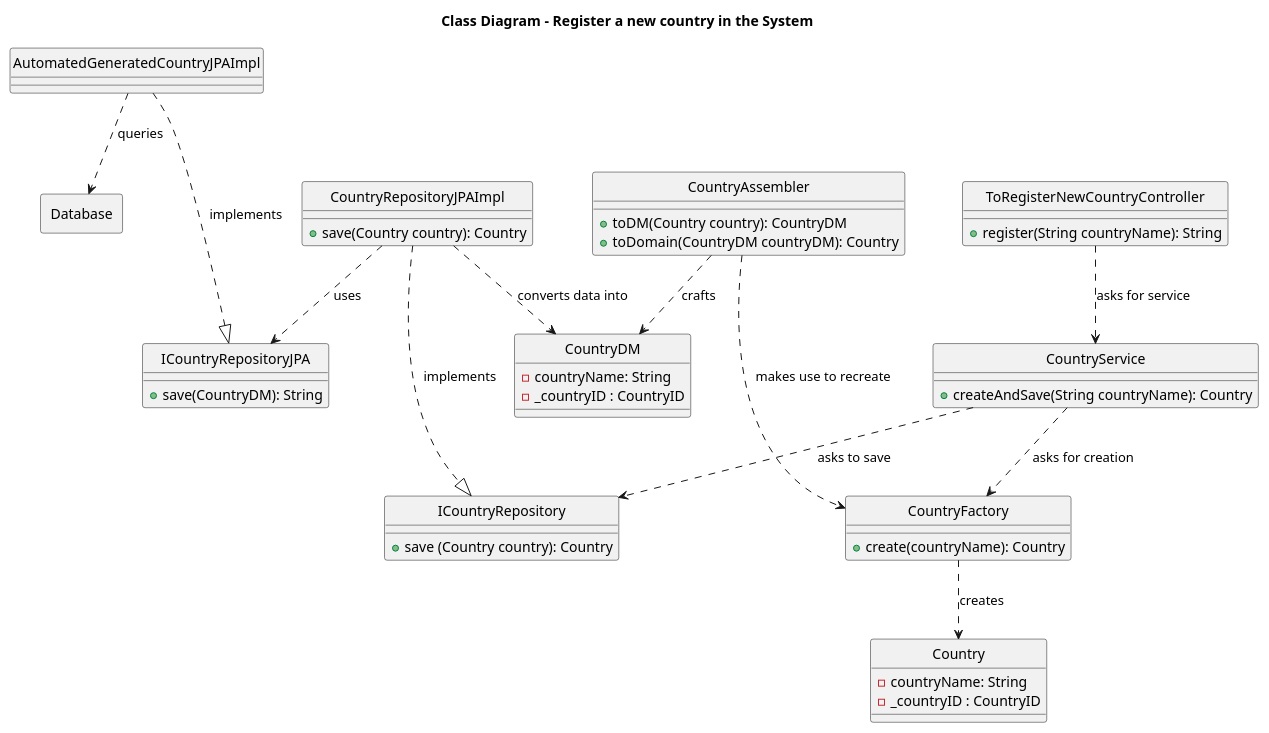
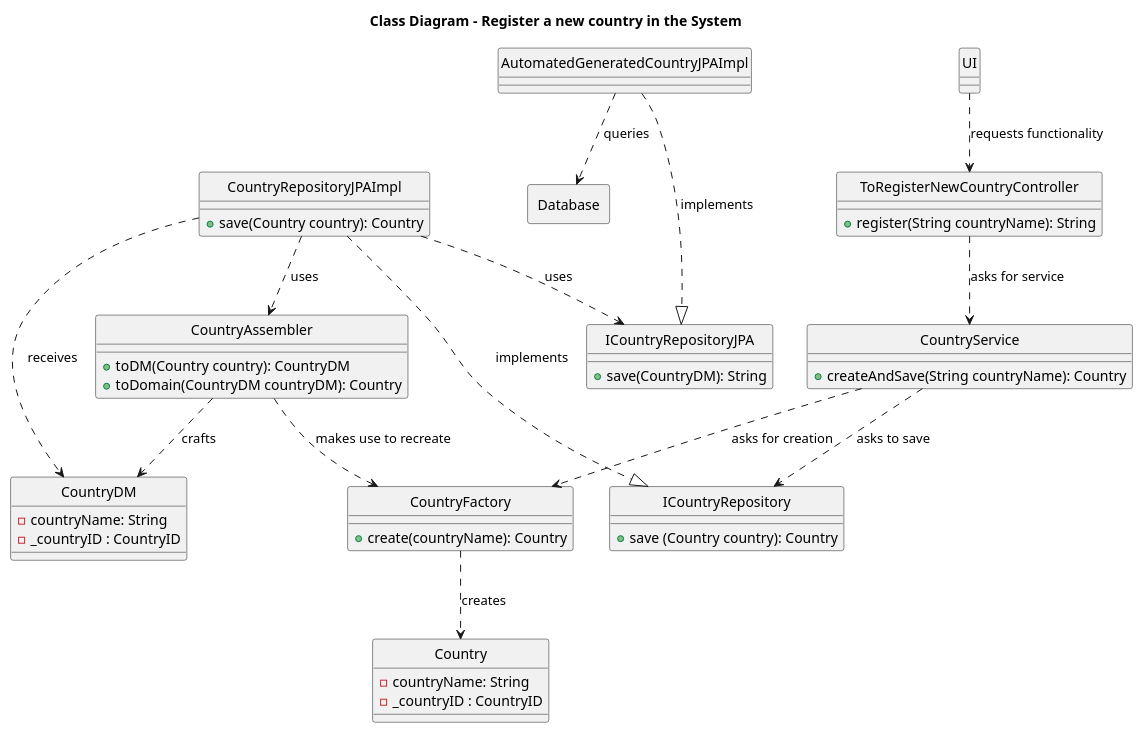
The diagram in Diagrams/ClassDiagrams/To-register-a-new-country-in-the-system.puml (AndrePereiraGitH/SWitCH-Project-Team_A), drawn with PlantUML before and after one commit. The commit also changed 3 other files, not shown here.

```diff
--- a/Diagrams/ClassDiagrams/To-register-a-new-country-in-the-system.puml
+++ b/Diagrams/ClassDiagrams/To-register-a-new-country-in-the-system.puml
@@ -1,111 +1,75 @@
 @startuml
 
 title Class Diagram - Register a new country in the System
 hide circle
 
 
 class ICountryRepository {
     +save (Country country): Country
     }
 
 class CountryFactory {
     +create(countryName): Country
 }
 
 class ToRegisterNewCountryController{
   + register(String countryName): String
 }
 
 class CountryService {
 +createAndSave(String countryName): Country
 }
 
 class CountryAssembler{
 +toDM(Country country): CountryDM
 +toDomain(CountryDM countryDM): Country
 }
 
 class ICountryRepositoryJPA{
 +save(CountryDM): String
 }
 
 class CountryDM{
 -countryName: String
 -_countryID : CountryID
 }
 
 
 class Country {
 -countryName: String
 -_countryID : CountryID
 }
 
 class CountryRepositoryJPAImpl {
 +save(Country country): Country
 }
 
 rectangle Database{
 }
 
 class AutomatedGeneratedCountryJPAImpl{
 }
 
-/'
-' Interactions
-
-' === Implementations ===
-CountryRepositoryJPAImpl ..|> ICountryRepository : implements
-CountryRepositoryJPAImpl ..|> ICountryRepositoryJPA : implements
-
-' === Implementation Communication ===
-
-CountryRepositoryJPAImpl --> CountryAssembler : converts
-CountryRepositoryJPAImpl ..> AutomaticGeneratedCountryJPAImpl : requests
-
-' === Assembler Interactions ===
-
-CountryAssembler ..> CountryFactory : asks for creation
-CountryAssembler ..> CountryDM : converts
-
-' === JPA Relations ===
-
-ICountryRepositoryJPA --> CountryDM : persists
-
-ToRegisterNewCountryController "1" .--> "1" CountryService : request registering country
-CountryService "1" .--> "1" CountryFactory : asks for creation
-CountryService "1" .--> "1" ICountryRepository : asks to save
-ICountryRepositoryJPA "1" .--|> "1" ICountryRepository : implements
-ICountryRepositoryJPA "1" .--> "1" CountryAssembler : provides instance to
-ICountryRepositoryJPA .--> CountryFactory
-CountryRepositoryJPAImpl .--> Database : queries
-CountryRepositoryJPAImpl "1" .--|> "1" ICountryRepositoryJPA : implements
-CountryAssembler "1" .--> "1" CountryDM : modifies into
-CountryAssembler "1" .--> "1" CountryFactory : makes use of
-CountryAssembler "1" .--> "1" Country : reassembles
-CountryFactory "1" .--> "*" Country : creates
-AutomaticGeneratedCountryJPAImpl .--> Database : queries
-AutomaticGeneratedCountryJPAImpl .--|> ICountryRepositoryJPA : implements
-ToRegisterNewCountryController "1" .--> "1" CountryService : request registering country
-CountryFactory "1" .--> "*" Country : creates
-CountryService "1" .--> "1" CountryFactory : asks for creation
-CountryService "1" .--> "1" ICountryRepository : asks to save
-AutomaticGeneratedCountryJPAImpl .--> Database : queries
-CountryRepositoryJPAImpl .--> Database : queries
-'/
+class UI{
+}
 
 CountryService ..> CountryFactory : asks for creation
 CountryFactory ..> Country : creates
 CountryAssembler ..> CountryDM : crafts
 CountryAssembler ..> CountryFactory : makes use to recreate
 
 
 ToRegisterNewCountryController ..> CountryService : asks for service
 CountryService ..> ICountryRepository : asks to save
 CountryRepositoryJPAImpl .--|> ICountryRepository : implements
-CountryRepositoryJPAImpl ..> CountryDM : converts data into
+CountryRepositoryJPAImpl ..> CountryDM : receives
 CountryRepositoryJPAImpl ..> ICountryRepositoryJPA : uses
 AutomatedGeneratedCountryJPAImpl .--|> ICountryRepositoryJPA : implements
 AutomatedGeneratedCountryJPAImpl ..> Database : queries
 
+CountryRepositoryJPAImpl ..> CountryAssembler : uses
+
+UI ..> ToRegisterNewCountryController : requests functionality
+
 
 @enduml
```
